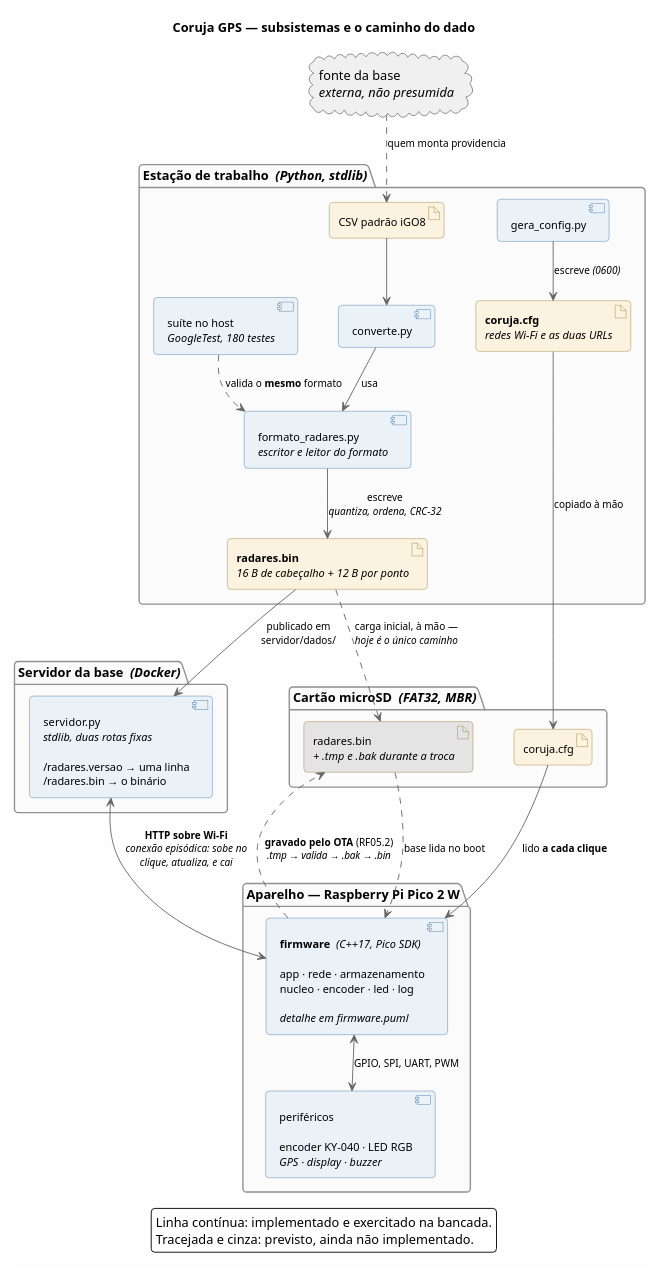
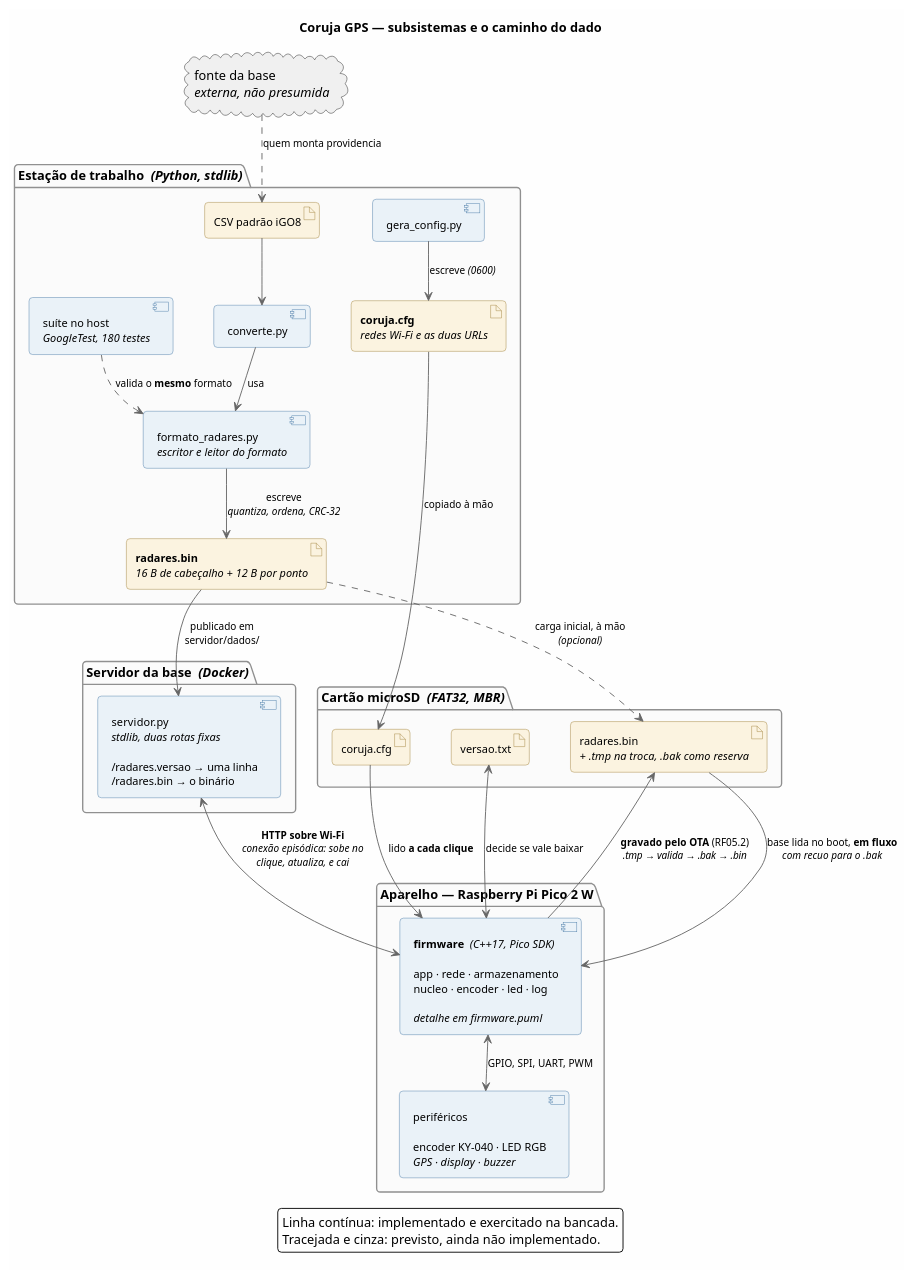
The diagram in docs/arquitetura.puml (paulovitorbal/coruja_gps), drawn with PlantUML before and after one commit. The commit also changed 18 other files, not shown here.

```diff
--- a/docs/arquitetura.puml
+++ b/docs/arquitetura.puml
@@ -1,91 +1,93 @@
 @startuml arquitetura
 ' Subsistemas do coruja_gps e o caminho do dado entre eles.
 '
 ' Fonte versionada. O SVG ao lado é gerado por:
 '     plantuml -tsvg docs/arquitetura.puml
 '
 ' ⚠️ Este diagrama descreve APENAS o que está neste repositório. A origem do
 ' CSV é deliberadamente anônima: o projeto não presume fonte nenhuma, e de
 ' onde vem a base é problema de quem monta.
 '
 ' O interior do firmware está em firmware.puml.
 '
 ' ⚠️ O `radares.bin` chega ao cartão PELO OTA — é o RF05 ("baixá-la e salvá-la
 ' no cartão") com a escrita atômica do RF05.2. A cópia à mão é só a carga
-' inicial, e hoje é o único caminho porque a gravação ainda não existe.
+' inicial: desde 2026-09-22 o OTA grava, com a troca atômica do RF05.2.
 
 title Coruja GPS — subsistemas e o caminho do dado
 
 skinparam backgroundColor #FEFEFE
 skinparam defaultFontName Helvetica
 skinparam shadowing false
 skinparam roundCorner 8
 skinparam ArrowColor #666666
 skinparam ArrowFontSize 11
 skinparam nodesep 45
 skinparam ranksep 45
 skinparam package {
   BorderColor #909090
   BackgroundColor #FBFBFB
   FontStyle bold
 }
 skinparam component {
   BorderColor #4A7BA7
   BackgroundColor #EAF2F8
   FontSize 12
 }
 skinparam artifact {
   BorderColor #A0803A
   BackgroundColor #FBF3E0
   FontSize 12
 }
 
 cloud "fonte da base\n//externa, não presumida//" as fonte #F0F0F0
 
 package "Estação de trabalho  //(Python, stdlib)//" as host {
   artifact "CSV padrão iGO8" as csv
   component "converte.py" as converte
   component "formato_radares.py\n//escritor e leitor do formato//" as formato
   component "gera_config.py" as geracfg
   component "suíte no host\n//GoogleTest, 180 testes//" as testes
   artifact "**radares.bin**\n//16 B de cabeçalho + 12 B por ponto//" as binario
   artifact "**coruja.cfg**\n//redes Wi-Fi e as duas URLs//" as cfg
 }
 
 package "Servidor da base  //(Docker)//" as srv {
   component "servidor.py\n//stdlib, duas rotas fixas//\n\n/radares.versao → uma linha\n/radares.bin → o binário" as api
 }
 
 package "Cartão microSD  //(FAT32, MBR)//" as cartao {
   artifact "coruja.cfg" as cfg_cartao
-  artifact "radares.bin\n//+ .tmp e .bak durante a troca//" as bin_cartao #E4E4E4
+  artifact "radares.bin\n//+ .tmp na troca, .bak como reserva//" as bin_cartao
+  artifact "versao.txt" as versao_cartao
 }
 
 package "Aparelho — Raspberry Pi Pico 2 W" as aparelho {
   component "**firmware**  //(C++17, Pico SDK)//\n\napp · rede · armazenamento\nnucleo · encoder · led · log\n\n//detalhe em firmware.puml//" as fw
   component "periféricos\n\nencoder KY-040 · LED RGB\n//GPS · display · buzzer//" as perif
 }
 
 fonte ..> csv : quem monta providencia
 csv --> converte
 converte --> formato : usa
 testes ..> formato : valida o **mesmo** formato
 formato --> binario : escreve\n//quantiza, ordena, CRC-32//
 geracfg --> cfg : escreve //(0600)//
 
 binario --> api : publicado em\nservidor/dados/
 cfg --> cfg_cartao : copiado à mão
-binario ..> bin_cartao : carga inicial, à mão —\n//hoje é o único caminho//
+binario ..> bin_cartao : carga inicial, à mão\n//(opcional)//
 
 api <--> fw : **HTTP sobre Wi-Fi**\n//conexão episódica: sobe no//\n//clique, atualiza, e cai//
 cfg_cartao --> fw : lido **a cada clique**
-fw ..> bin_cartao : **gravado pelo OTA** (RF05.2)\n//.tmp → valida → .bak → .bin//
-bin_cartao ..> fw : base lida no boot
+versao_cartao <--> fw : decide se vale baixar
+fw --> bin_cartao : **gravado pelo OTA** (RF05.2)\n//.tmp → valida → .bak → .bin//
+bin_cartao --> fw : base lida no boot, **em fluxo**\n//com recuo para o .bak//
 fw <--> perif : GPIO, SPI, UART, PWM
 
 legend bottom
   Linha contínua: implementado e exercitado na bancada.
   Tracejada e cinza: previsto, ainda não implementado.
 endlegend
 
 @enduml
```
